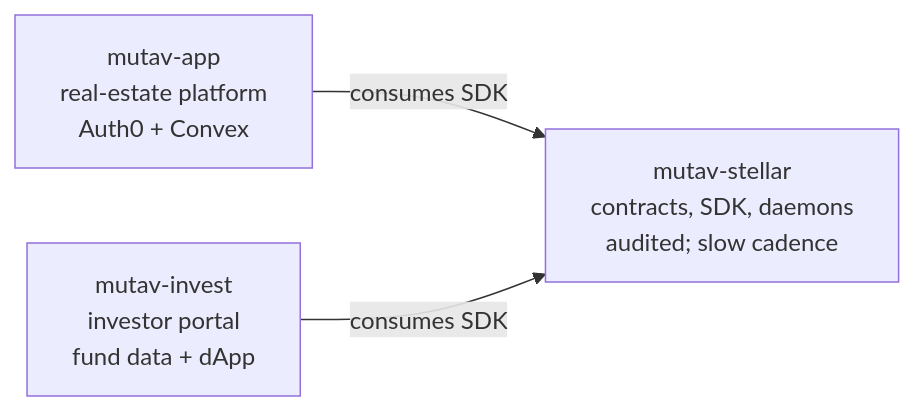
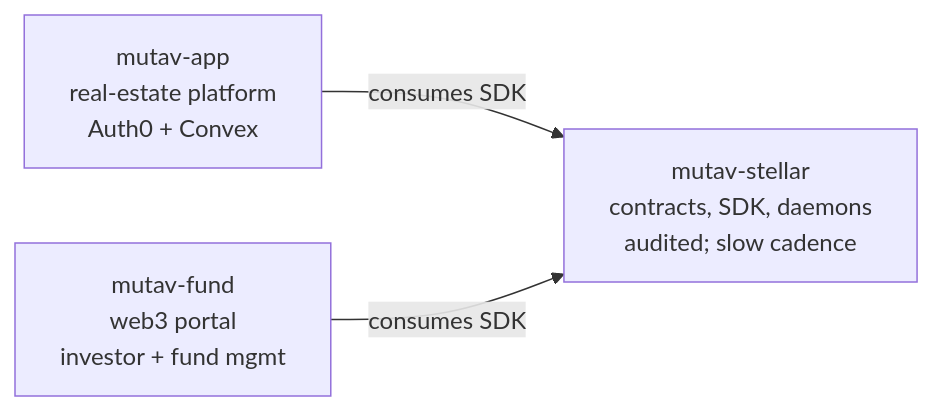
The diagram in README.md (mutav-finance/mutav-stellar), drawn with Mermaid before and after one commit. The commit also changed other lines of this file and 7 other files, not shown here.

First line of the commit message:
docs: rename mutav-invest → mutav-fund + expand scope to fund mgmt (#55)

````diff
--- a/README.md
+++ b/README.md
@@ -21,8 +21,8 @@
 ```mermaid
 flowchart LR
   STL[mutav-stellar<br/>contracts, SDK, daemons<br/>audited; slow cadence]
   APP[mutav-app<br/>real-estate platform<br/>Auth0 + Convex]
-  INV[mutav-invest<br/>investor portal<br/>fund data + dApp]
+  INV[mutav-fund<br/>web3 portal<br/>investor + fund mgmt]
   APP -->|consumes SDK| STL
   INV -->|consumes SDK| STL
 ```
````
